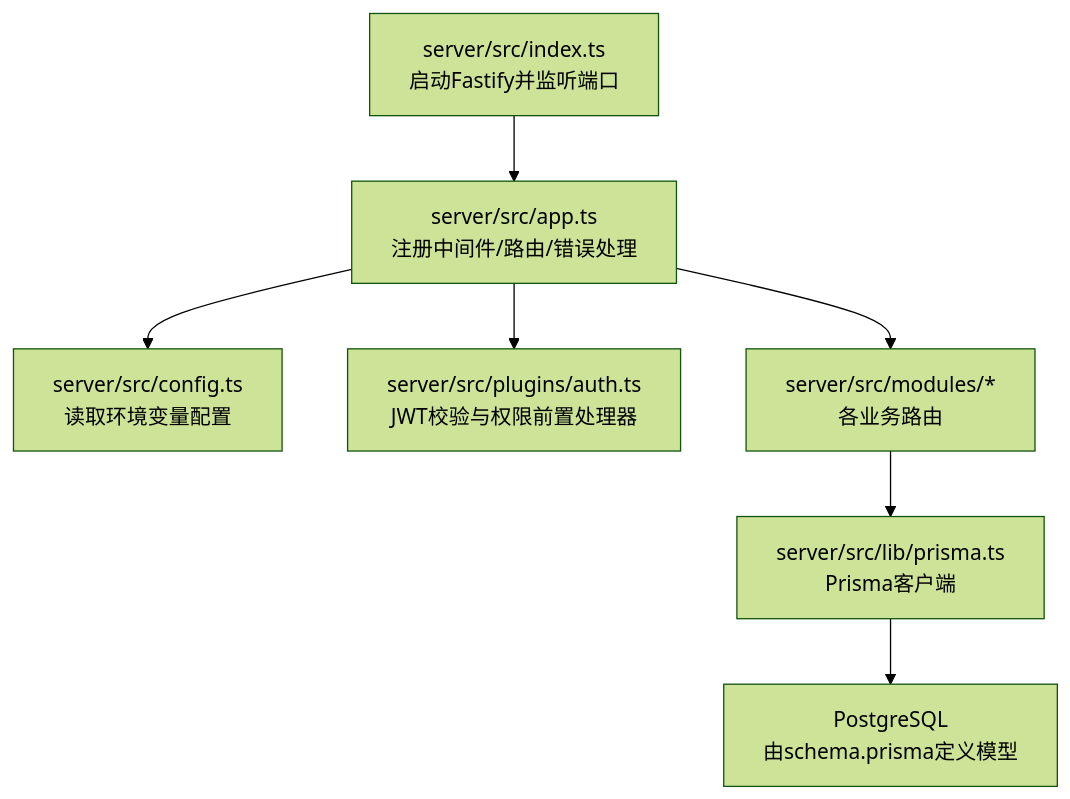
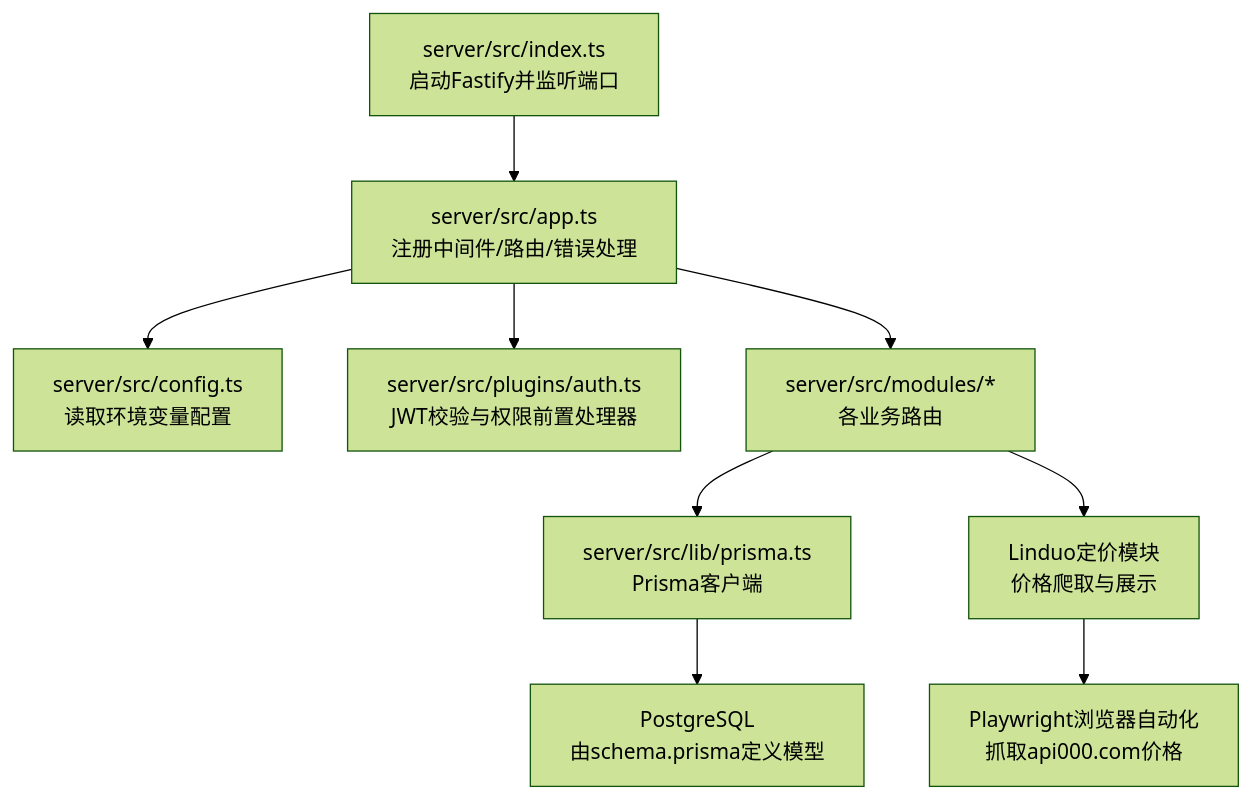
Before and after one commit to iljahofbauer219-lang/yandu: the first of 7 diagrams in .qoder/repowiki/zh/content/核心服务/后端服务器基础设施.md, drawn with Mermaid (forest theme). The commit also changed other lines of this file and 340 other files, not shown here.

````diff
--- a/.qoder/repowiki/zh/content/核心服务/后端服务器基础设施.md
+++ b/.qoder/repowiki/zh/content/核心服务/后端服务器基础设施.md
@@ -40,9 +58,11 @@
 ```mermaid
 graph TB
 A["server/src/index.ts<br/>启动Fastify并监听端口"] --> B["server/src/app.ts<br/>注册中间件/路由/错误处理"]
 B --> C["server/src/config.ts<br/>读取环境变量配置"]
 B --> D["server/src/plugins/auth.ts<br/>JWT校验与权限前置处理器"]
 B --> E["server/src/modules/*<br/>各业务路由"]
 E --> F["server/src/lib/prisma.ts<br/>Prisma客户端"]
 F --> G["PostgreSQL<br/>由schema.prisma定义模型"]
+E --> H["Linduo定价模块<br/>价格爬取与展示"]
+H --> I["Playwright浏览器自动化<br/>抓取api000.com价格"]
 ```
````
